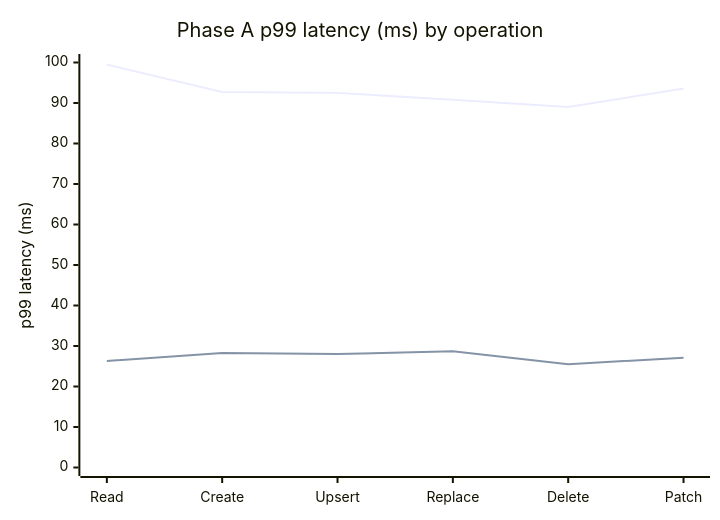
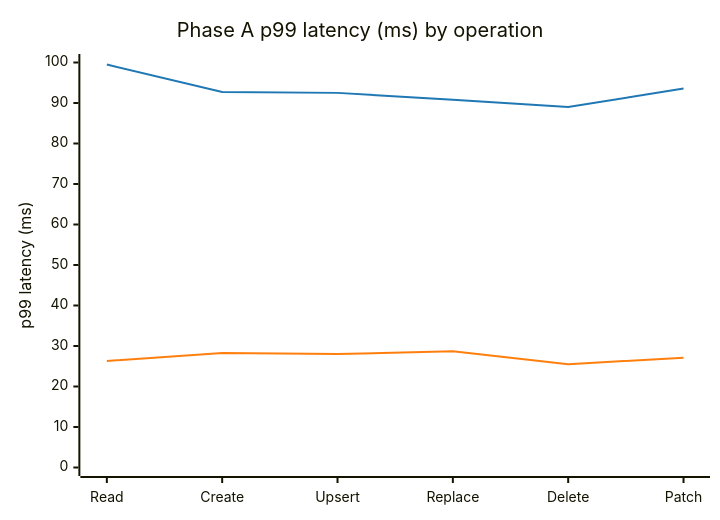
Before and after one commit to Azure/azure-sdk-for-python: the second of 7 diagrams in sdk/cosmos/azure-cosmos/docs/rust-vs-python-perf-drill.md, drawn with Mermaid. The commit also changed other lines of this file and 2 other files, not shown here.

````diff
--- a/sdk/cosmos/azure-cosmos/docs/rust-vs-python-perf-drill.md
+++ b/sdk/cosmos/azure-cosmos/docs/rust-vs-python-perf-drill.md
@@ -163,8 +132,14 @@
 ```mermaid
+---
+config:
+  themeVariables:
+    xyChart:
+      plotColorPalette: "#1f77b4,#ff7f0e"
+---
 xychart-beta
     title "Phase A p99 latency (ms) by operation"
     x-axis ["Read","Create","Upsert","Replace","Delete","Patch"]
     y-axis "p99 latency (ms)" 0 --> 100
-    line "Core Python" [99.5,92.7,92.5,90.8,89.0,93.6]
-    line "Rust" [26.3,28.3,28.0,28.7,25.5,27.1]
+    line "Python (core-python)" [99.5,92.7,92.5,90.8,89.0,93.6]
+    line "Rust backend" [26.3,28.3,28.0,28.7,25.5,27.1]
 ```
````
